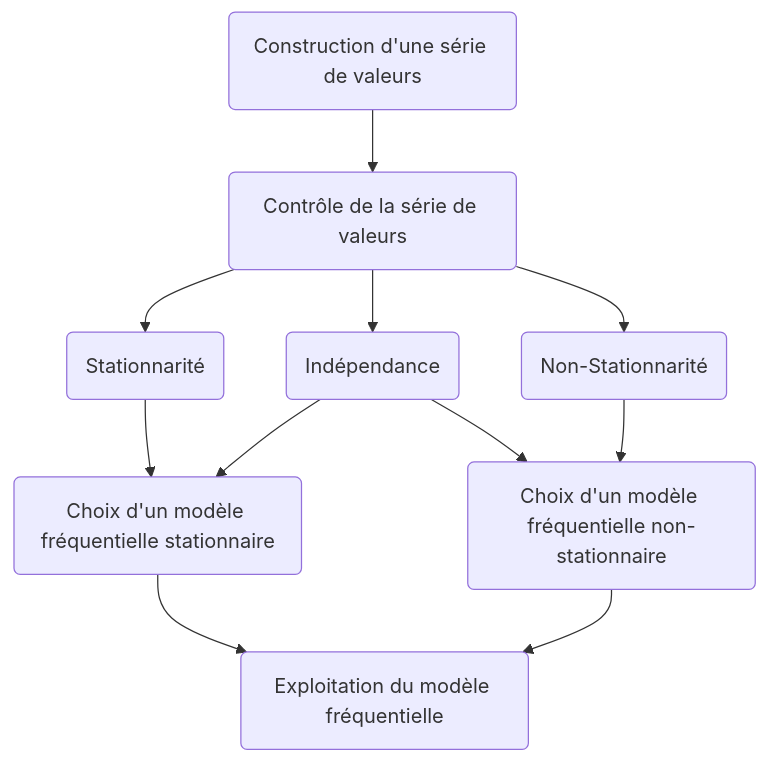
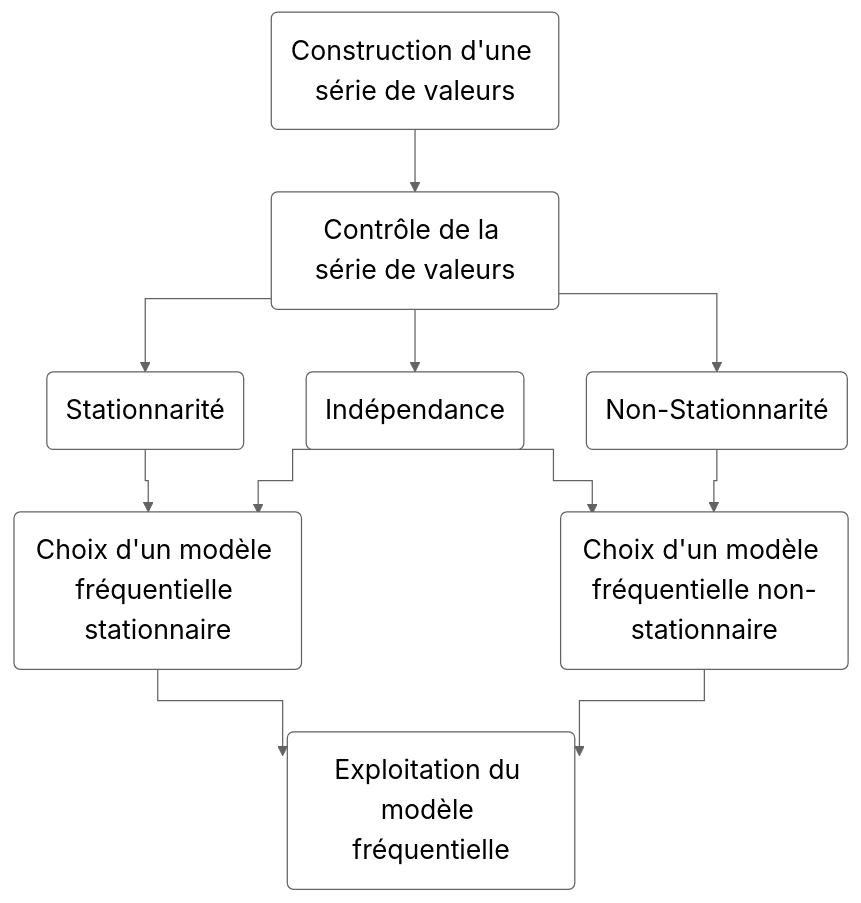
Before and after one commit to diopBachir/revealjs.presentation: the diagram in assets/sections/localFFA.qmd, drawn with Mermaid. The commit also changed other lines of this file and 9 other files, not shown here.

````diff
--- a/assets/sections/localFFA.qmd
+++ b/assets/sections/localFFA.qmd
@@ -38,13 +38,14 @@
 ```{mermaid}
 flowchart TB
   A(Construction d'une série de valeurs) --> B(Contrôle de la série de valeurs)
   B --> C(Stationnarité)
   B --> D(Indépendance)
   B --> E(Non-Stationnarité)
   C --> F(Choix d'un modèle fréquentielle stationnaire)
   D --> F 
   E --> G(Choix d'un modèle fréquentielle non-stationnaire)
   D -->G
   F --> H(Exploitation du modèle fréquentielle)
   G --> H
+%%{init: {'theme': 'base', "flowchart": {"curve": "stepAfter"}, 'themeVariables': { 'primaryColor': '#fff', 'primaryTextColor': '#000', 'primaryBorderColor': '#626362', 'lineColor': '#626362', 'secondaryColor': '#006100', 'tertiaryColor': '#fff', 'fontSize': '16pt'}}}%%
 ```
````
